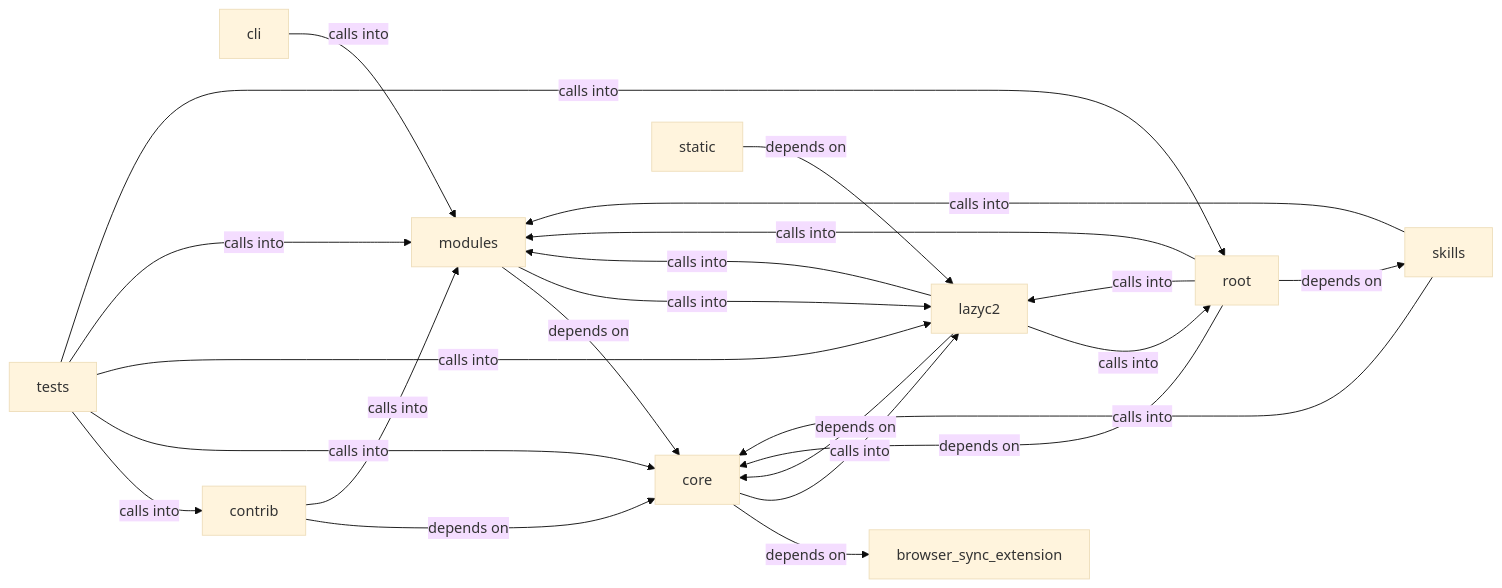
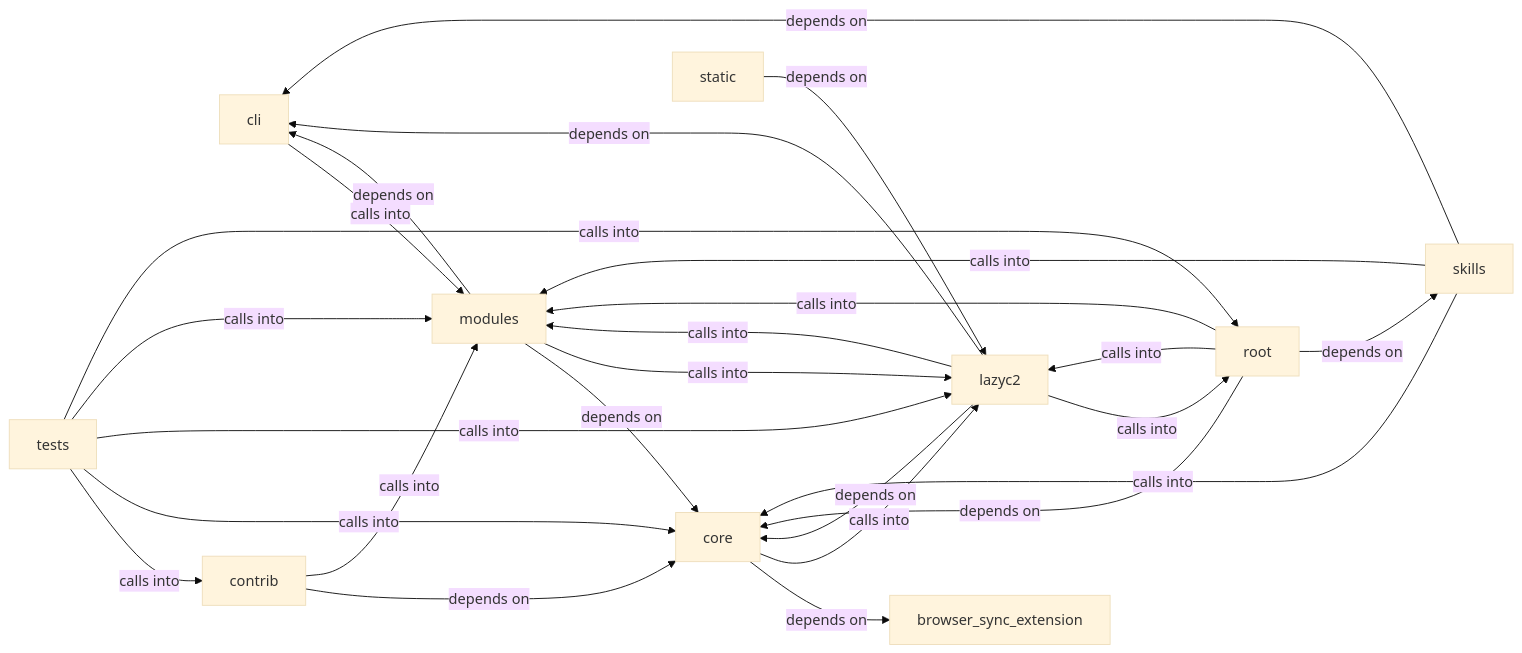
Before and after one commit to grisuno/LazyOwn: the diagram in readmenator-diagrams/modules_lazyc2.md, drawn with Mermaid (base theme). The commit also changed other lines of this file and 226 other files, not shown here.

````diff
--- a/readmenator-diagrams/modules_lazyc2.md
+++ b/readmenator-diagrams/modules_lazyc2.md
@@ -5,35 +5,38 @@
 ```mermaid
 graph LR
     browser_sync_extension["browser_sync_extension"]
     cli["cli"]
     contrib["contrib"]
     core["core"]
     lazyc2["lazyc2"]
     modules["modules"]
     root["root"]
     skills["skills"]
     static["static"]
     tests["tests"]
     tests -- "calls into" --> contrib
     tests -- "calls into" --> core
     tests -- "calls into" --> lazyc2
     tests -- "calls into" --> modules
     tests -- "calls into" --> root
     cli -- "calls into" --> modules
     contrib -- "depends on" --> core
     contrib -- "calls into" --> modules
     core -- "depends on" --> browser_sync_extension
     core -- "calls into" --> lazyc2
+    lazyc2 -- "depends on" --> cli
     lazyc2 -- "depends on" --> core
     lazyc2 -- "calls into" --> modules
     lazyc2 -- "calls into" --> root
+    modules -- "depends on" --> cli
     modules -- "depends on" --> core
     modules -- "calls into" --> lazyc2
     root -- "depends on" --> core
     root -- "calls into" --> lazyc2
     root -- "calls into" --> modules
     root -- "depends on" --> skills
+    skills -- "depends on" --> cli
     skills -- "calls into" --> core
     skills -- "calls into" --> modules
     static -- "depends on" --> lazyc2
 ```
````
